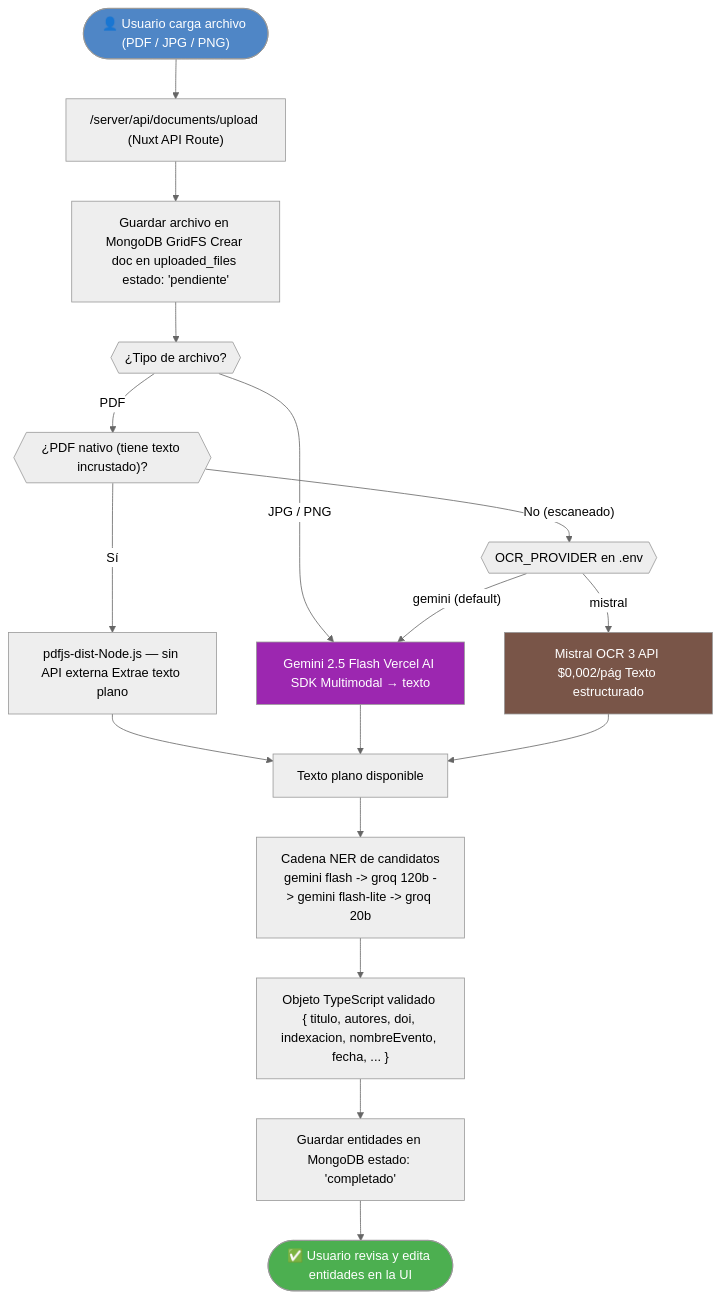
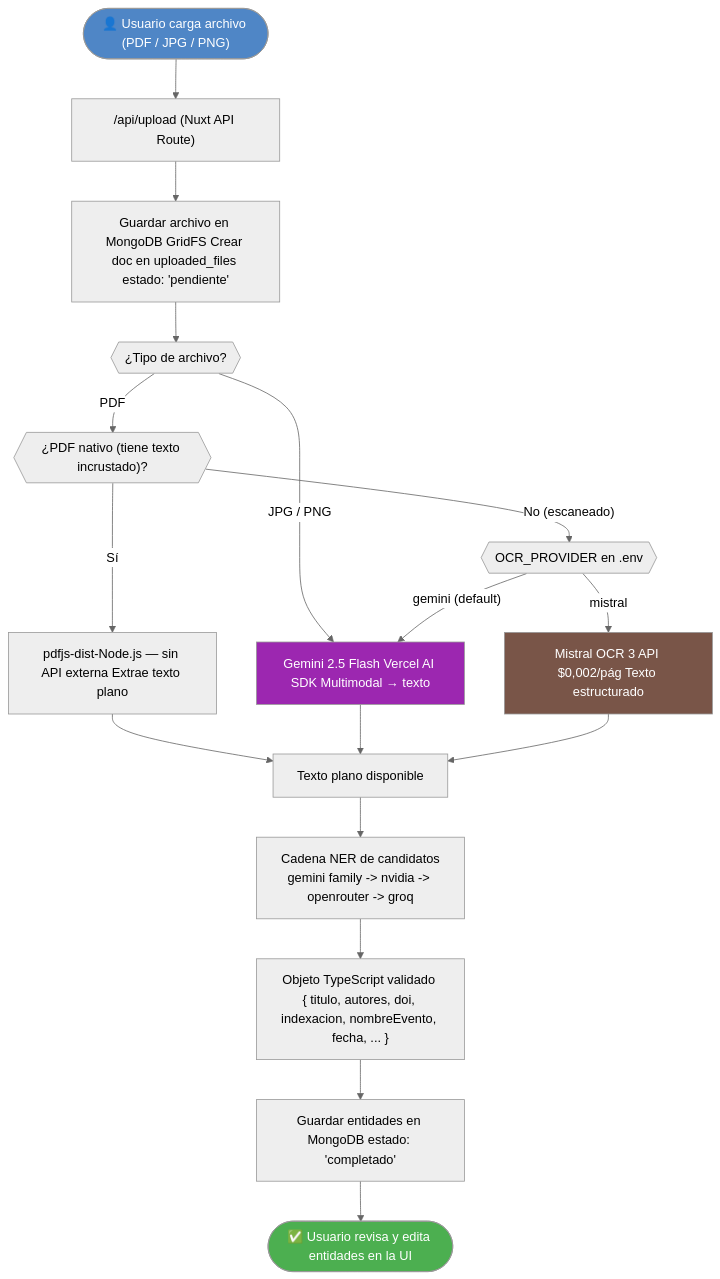
One commit to KarloZ7715/SIPAc changed the second of 2 diagrams in docs/analisis-diseno/documentacion/03-arquitectura-tecnica.md. Above: the diagram before and after it, drawn with Mermaid (neutral theme). The commit also changed other lines of this file and 17 other files, not shown here.

Commit message:
docs(docs): actualizar diagramas y arquitectura de chat

````diff
--- a/docs/analisis-diseno/documentacion/03-arquitectura-tecnica.md
+++ b/docs/analisis-diseno/documentacion/03-arquitectura-tecnica.md
@@ -300,29 +305,29 @@
 ```mermaid
 flowchart TD
-    A(["👤 Usuario carga archivo (PDF / JPG / PNG)"]) --> B["/server/api/documents/upload (Nuxt API Route)"]
+    A(["👤 Usuario carga archivo (PDF / JPG / PNG)"]) --> B["/api/upload (Nuxt API Route)"]
     B --> C["Guardar archivo en MongoDB GridFS Crear doc en uploaded_files estado: 'pendiente'"]
     C --> D{{"¿Tipo de archivo?"}}
 
     D -- "PDF" --> E{{"¿PDF nativo (tiene texto incrustado)?"}}
     D -- "JPG / PNG" --> H
 
     E -- "Sí" --> F["pdfjs-dist-Node.js — sin API externa Extrae texto plano"]
     E -- "No (escaneado)" --> G{{"OCR_PROVIDER en .env"}}
 
     G -- "gemini (default)" --> H["Gemini 2.5 Flash Vercel AI SDK Multimodal → texto"]
     G -- "mistral" --> I["Mistral OCR 3 API $0,002/pág Texto estructurado"]
 
     F --> J["Texto plano disponible"]
     H --> J
     I --> J
 
-    J --> K["Cadena NER de candidatos\ngemini flash -> groq 120b -> gemini flash-lite -> groq 20b"]
+    J --> K["Cadena NER de candidatos\ngemini family -> nvidia -> openrouter -> groq"]
     K --> L["Objeto TypeScript validado { titulo, autores, doi, indexacion, nombreEvento, fecha, ... }"]
     L --> M["Guardar entidades en MongoDB estado: 'completado'"]
     M --> N(["✅ Usuario revisa y edita entidades en la UI"])
 
     style A fill:#4f86c6,color:#fff
     style N fill:#4caf50,color:#fff
     style H fill:#9c27b0,color:#fff
     style I fill:#795548,color:#fff
 ```
````
